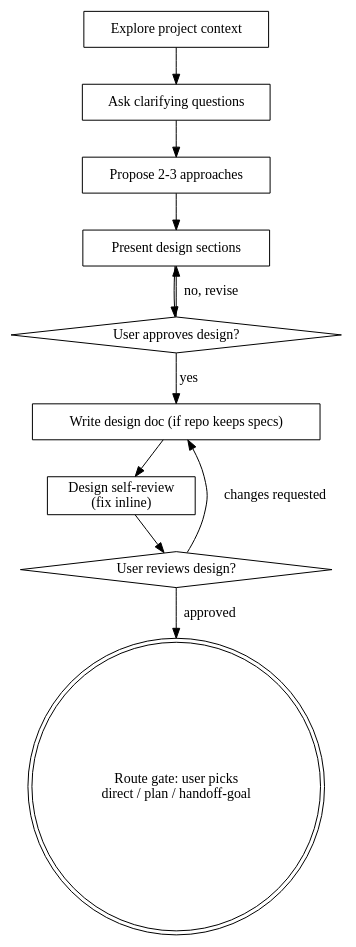
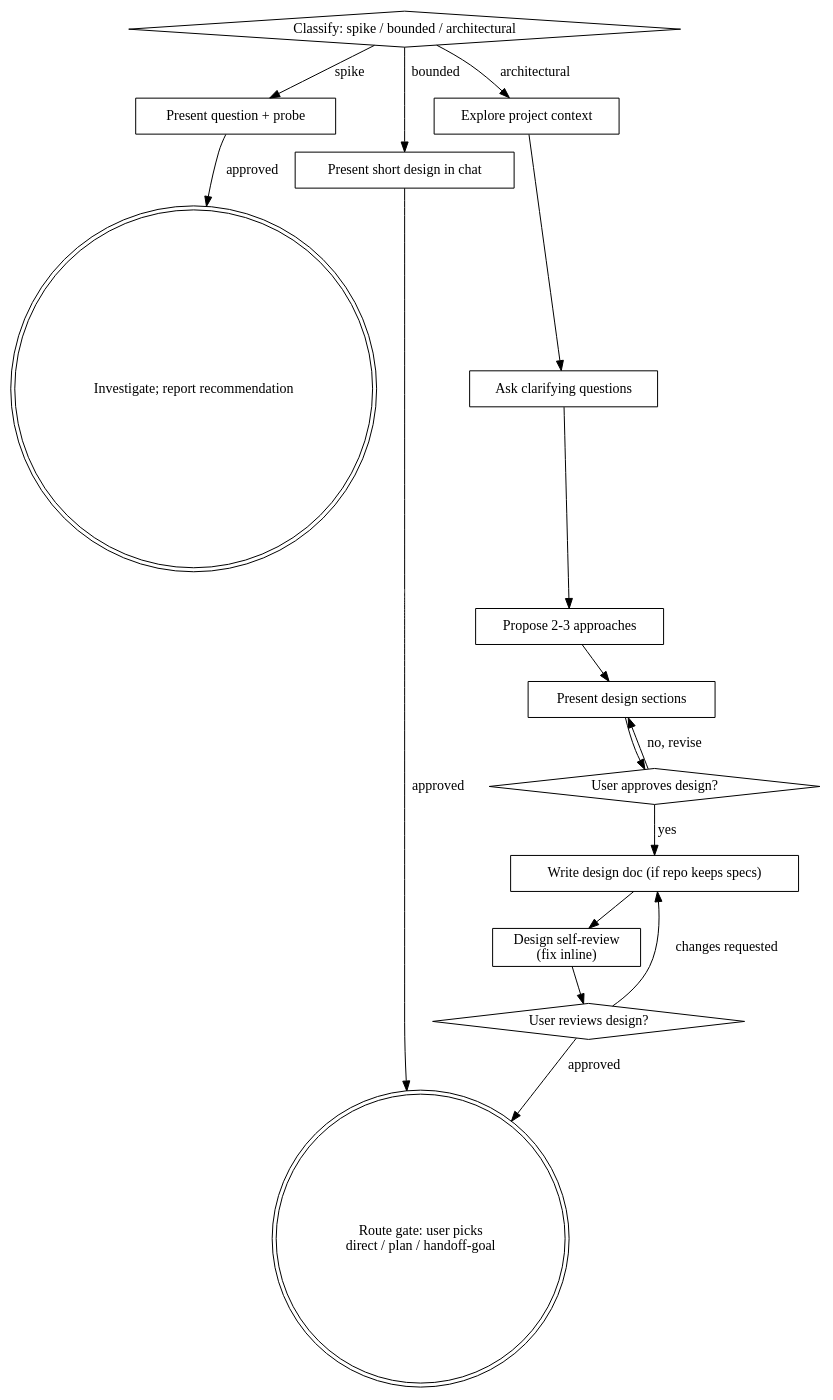
Before and after one commit to giostriquer/workshop: the diagram in plugins/workbench/skills/brainstorming/SKILL.md, drawn with Graphviz. The commit also changed other lines of this file and 8 other files, not shown here.

````diff
--- a/plugins/workbench/skills/brainstorming/SKILL.md
+++ b/plugins/workbench/skills/brainstorming/SKILL.md
@@ -39,24 +101,33 @@
 ```dot
 digraph brainstorming {
+    "Classify: spike / bounded / architectural" [shape=diamond];
+    "Present question + probe" [shape=box];
+    "Investigate; report recommendation" [shape=doublecircle];
+    "Present short design in chat" [shape=box];
     "Explore project context" [shape=box];
     "Ask clarifying questions" [shape=box];
     "Propose 2-3 approaches" [shape=box];
     "Present design sections" [shape=box];
     "User approves design?" [shape=diamond];
     "Write design doc (if repo keeps specs)" [shape=box];
     "Design self-review\n(fix inline)" [shape=box];
     "User reviews design?" [shape=diamond];
     "Route gate: user picks\ndirect / plan / handoff-goal" [shape=doublecircle];
 
+    "Classify: spike / bounded / architectural" -> "Present question + probe" [label="spike"];
+    "Classify: spike / bounded / architectural" -> "Present short design in chat" [label="bounded"];
+    "Classify: spike / bounded / architectural" -> "Explore project context" [label="architectural"];
+    "Present question + probe" -> "Investigate; report recommendation" [label="approved"];
+    "Present short design in chat" -> "Route gate: user picks\ndirect / plan / handoff-goal" [label="approved"];
     "Explore project context" -> "Ask clarifying questions";
     "Ask clarifying questions" -> "Propose 2-3 approaches";
     "Propose 2-3 approaches" -> "Present design sections";
     "Present design sections" -> "User approves design?";
     "User approves design?" -> "Present design sections" [label="no, revise"];
     "User approves design?" -> "Write design doc (if repo keeps specs)" [label="yes"];
     "Write design doc (if repo keeps specs)" -> "Design self-review\n(fix inline)";
     "Design self-review\n(fix inline)" -> "User reviews design?";
     "User reviews design?" -> "Write design doc (if repo keeps specs)" [label="changes requested"];
     "User reviews design?" -> "Route gate: user picks\ndirect / plan / handoff-goal" [label="approved"];
 }
 ```
````
